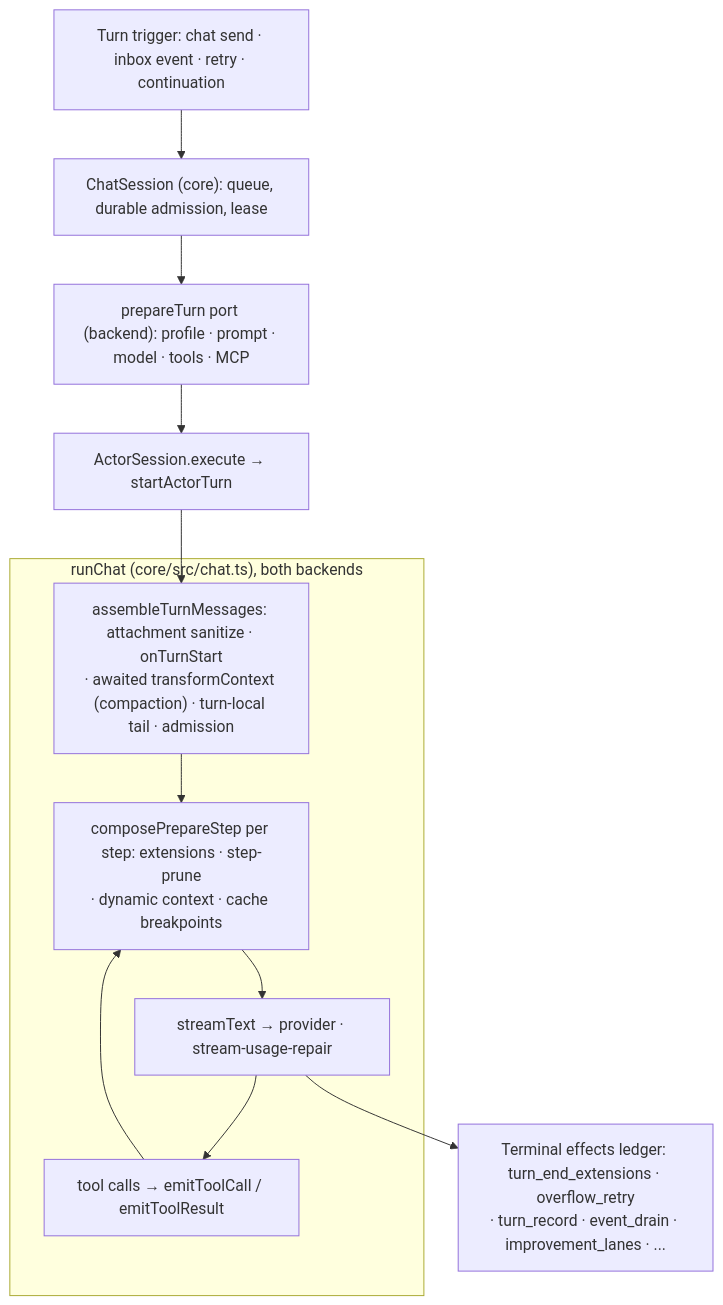
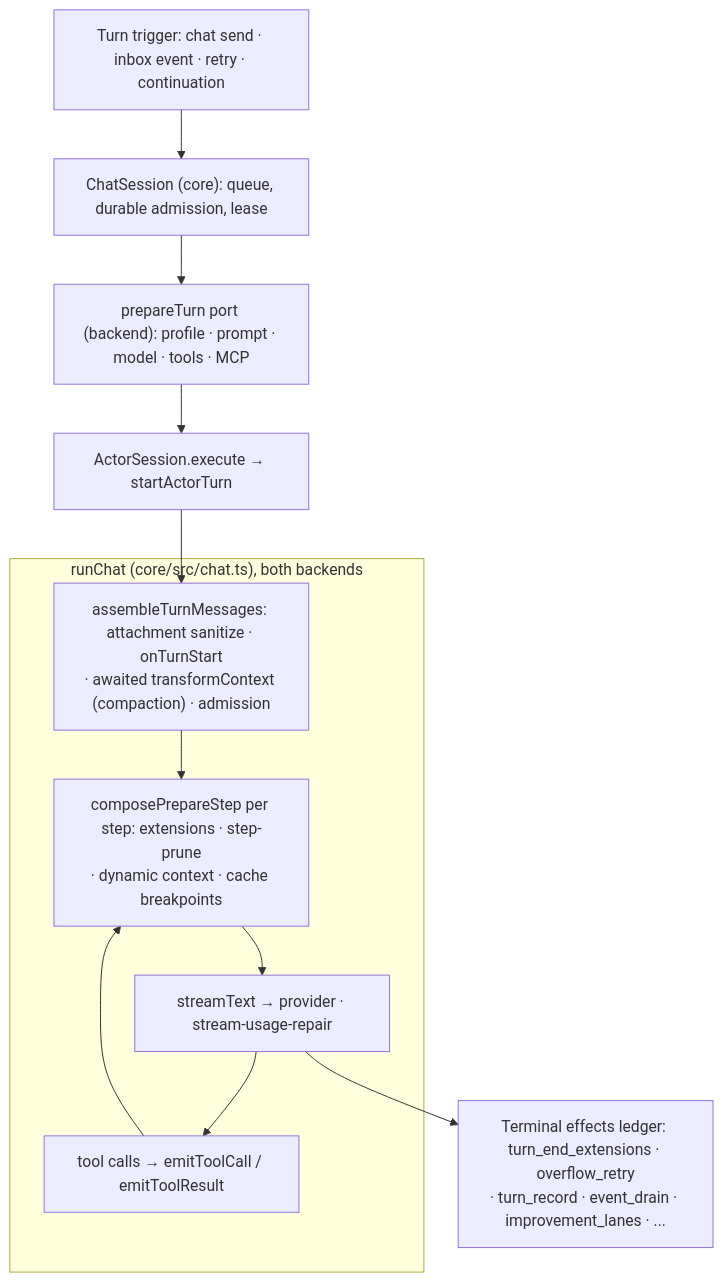
Before and after one commit to AshishKumar4/kinu: the third of 5 diagrams in docs/ARCHITECTURE.md, drawn with Mermaid. The commit also changed other lines of this file and 40 other files, not shown here.

````diff
--- a/docs/ARCHITECTURE.md
+++ b/docs/ARCHITECTURE.md
@@ -208,19 +208,19 @@
 ```mermaid
 flowchart TB
     In["Turn trigger: chat send · inbox event · retry · continuation"]
     CS["ChatSession (core): queue, durable admission, lease"]
     Prep["prepareTurn port (backend): profile · prompt · model · tools · MCP"]
     AS["ActorSession.execute → startActorTurn"]
 
     subgraph Run["runChat (core/src/chat.ts), both backends"]
-        Asm["assembleTurnMessages: attachment sanitize · onTurnStart<br/>· awaited transformContext (compaction) · turn-local tail · admission"]
+        Asm["assembleTurnMessages: attachment sanitize · onTurnStart<br/>· awaited transformContext (compaction) · admission"]
         Step["composePrepareStep per step: extensions · step-prune<br/>· dynamic context · cache breakpoints"]
         Model["streamText → provider · stream-usage-repair"]
         Tools["tool calls → emitToolCall / emitToolResult"]
     end
 
     Settle["Terminal effects ledger: turn_end_extensions · overflow_retry<br/>· turn_record · event_drain · improvement_lanes · ..."]
 
     In --> CS --> Prep --> AS --> Asm --> Step --> Model --> Tools --> Step
     Model --> Settle
 ```
````
